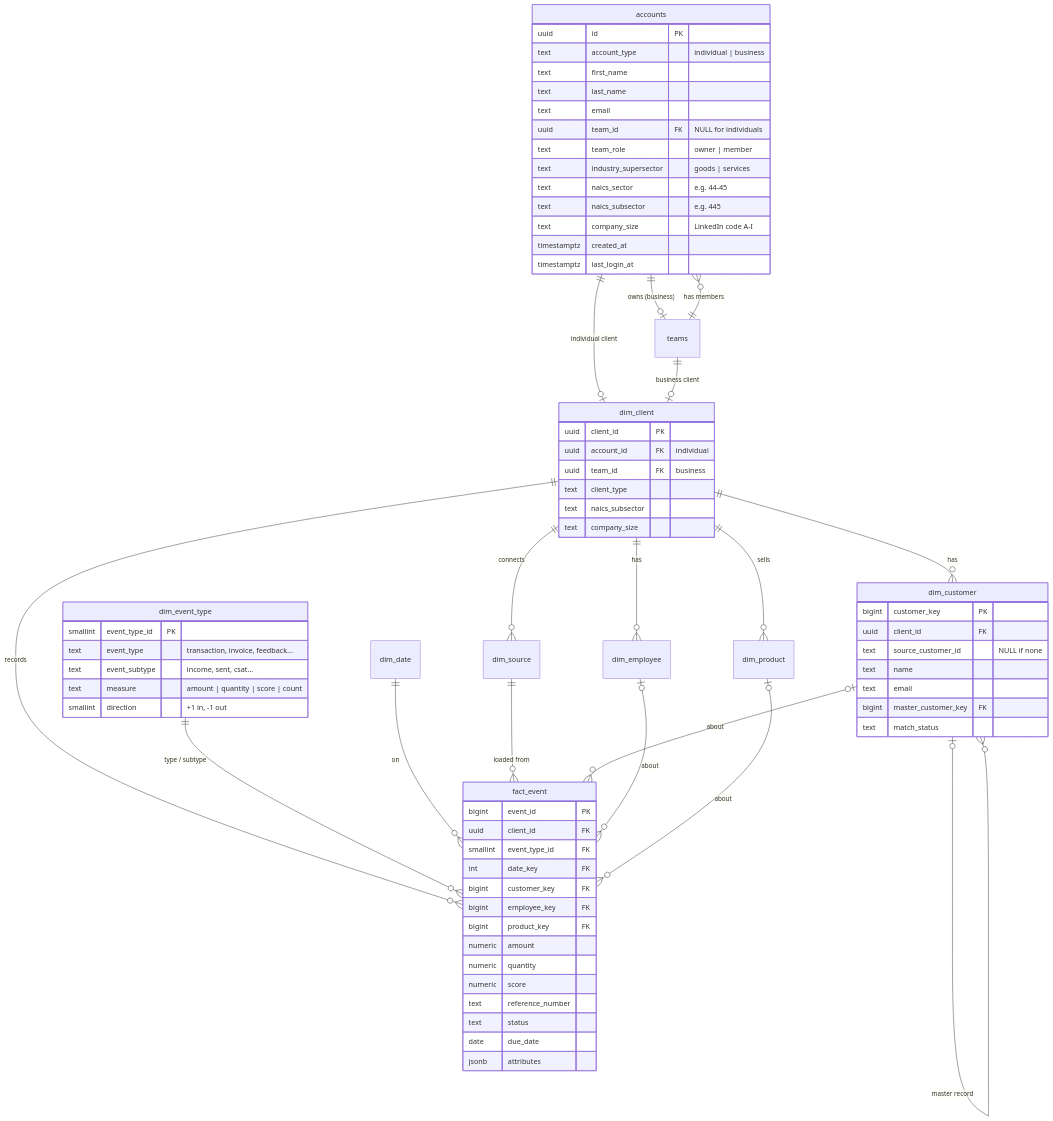
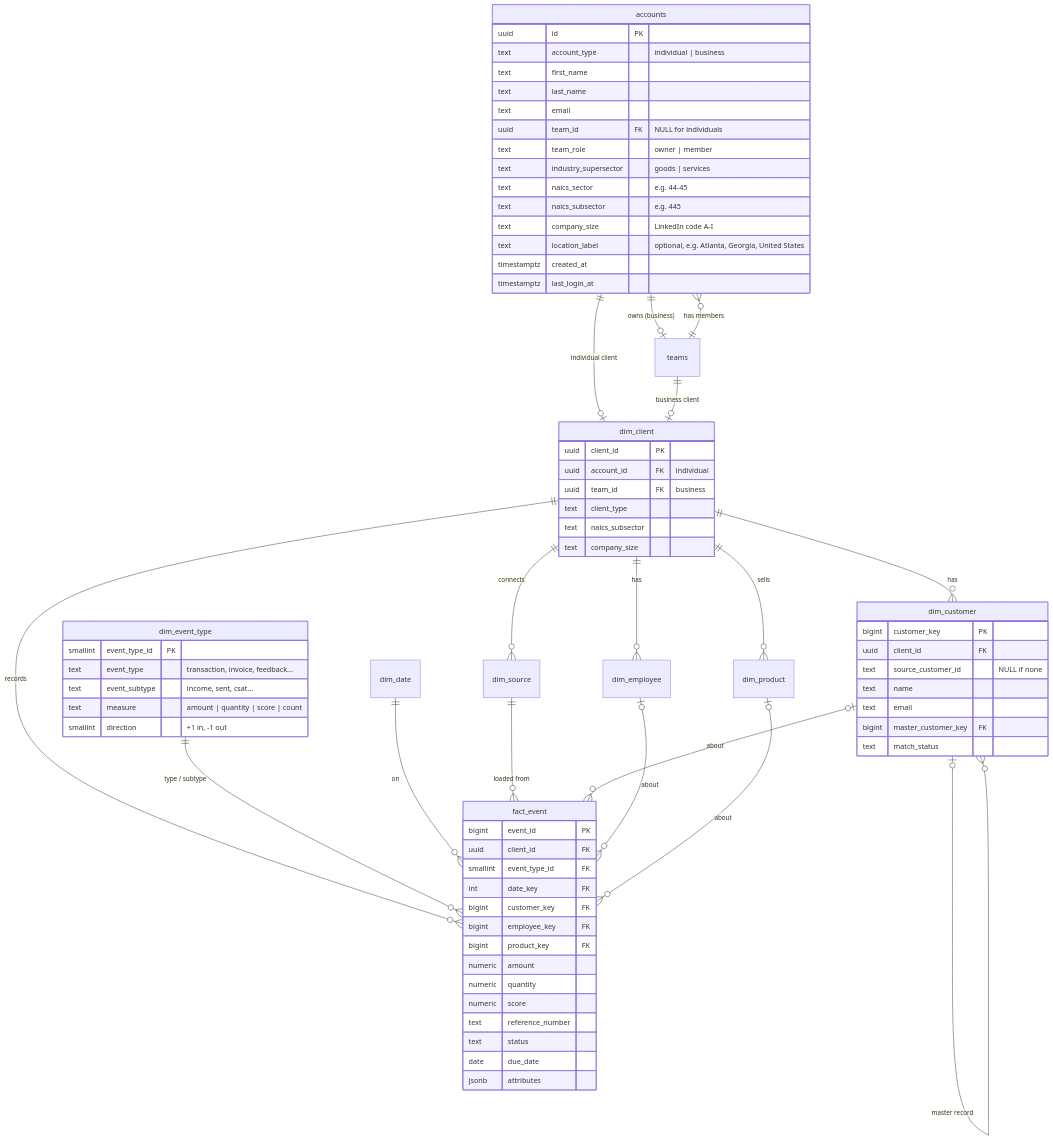
Before and after one commit to b-i-king/Data-Consulting-Platform: the diagram in docs/DATA_MODEL.md, drawn with Mermaid. The commit also changed other lines of this file and 28 other files, not shown here.

````diff
--- a/docs/DATA_MODEL.md
+++ b/docs/DATA_MODEL.md
@@ -55,75 +56,76 @@
 ```mermaid
 erDiagram
     accounts ||--o| teams : "owns (business)"
     teams ||--o{ accounts : "has members"
     accounts ||--o| dim_client : "individual client"
     teams ||--o| dim_client : "business client"
     dim_client ||--o{ dim_source : "connects"
     dim_client ||--o{ dim_customer : has
     dim_client ||--o{ dim_employee : has
     dim_client ||--o{ dim_product : sells
     dim_client ||--o{ fact_event : records
     dim_event_type ||--o{ fact_event : "type / subtype"
     dim_date ||--o{ fact_event : "on"
     dim_source ||--o{ fact_event : "loaded from"
     dim_customer |o--o{ fact_event : "about"
     dim_employee |o--o{ fact_event : "about"
     dim_product |o--o{ fact_event : "about"
     dim_customer |o--o{ dim_customer : "master record"
 
     accounts {
         uuid id PK
         text account_type "individual | business"
         text first_name
         text last_name
         text email
         uuid team_id FK "NULL for individuals"
         text team_role "owner | member"
         text industry_supersector "goods | services"
         text naics_sector "e.g. 44-45"
         text naics_subsector "e.g. 445"
         text company_size "LinkedIn code A-I"
+        text location_label "optional, e.g. Atlanta, Georgia, United States"
         timestamptz created_at
         timestamptz last_login_at
     }
     dim_client {
         uuid client_id PK
         uuid account_id FK "individual"
         uuid team_id FK "business"
         text client_type
         text naics_subsector
         text company_size
     }
     dim_event_type {
         smallint event_type_id PK
         text event_type "transaction, invoice, feedback..."
         text event_subtype "income, sent, csat..."
         text measure "amount | quantity | score | count"
         smallint direction "+1 in, -1 out"
     }
     fact_event {
         bigint event_id PK
         uuid client_id FK
         smallint event_type_id FK
         int date_key FK
         bigint customer_key FK
         bigint employee_key FK
         bigint product_key FK
         numeric amount
         numeric quantity
         numeric score
         text reference_number
         text status
         date due_date
         jsonb attributes
     }
     dim_customer {
         bigint customer_key PK
         uuid client_id FK
         text source_customer_id "NULL if none"
         text name
         text email
         bigint master_customer_key FK
         text match_status
     }
 ```
````
